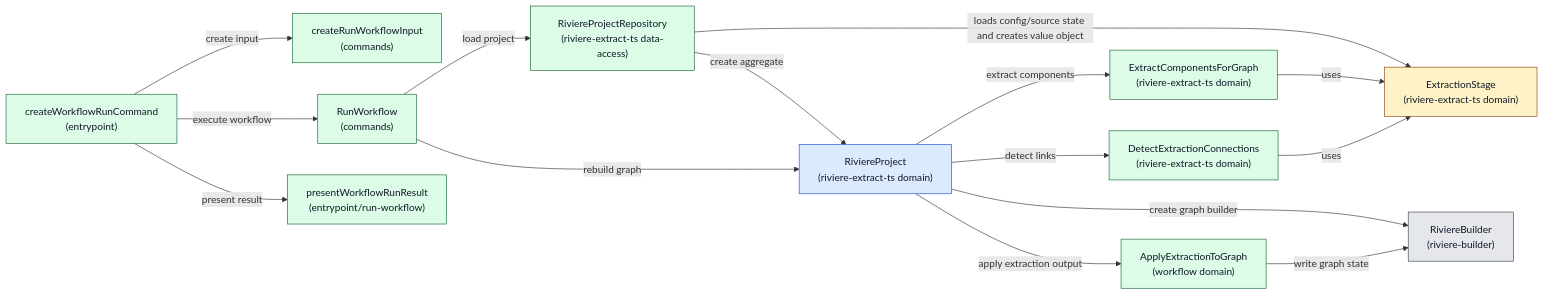
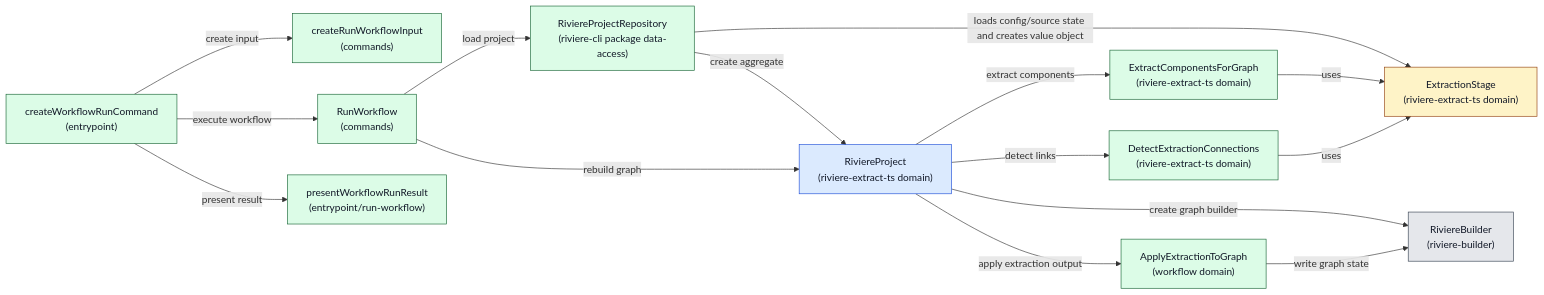
One commit to NTCoding/living-architecture changed the second of 5 diagrams in docs/project/PRD/riviere-extraction-workflows-v1/ARCH.md. Above: the diagram before and after it, drawn with Mermaid. The commit also changed other lines of this file and 708 other files, not shown here.

Commit message:
refactor(architecture): enforce explicit location boundaries

````diff
--- a/docs/project/PRD/riviere-extraction-workflows-v1/ARCH.md
+++ b/docs/project/PRD/riviere-extraction-workflows-v1/ARCH.md
@@ -206,46 +206,46 @@
 ```mermaid
 flowchart LR
   entrypoint["createWorkflowRunCommand<br/>(entrypoint)"]
   inputFactory["createRunWorkflowInput<br/>(commands)"]
   useCase["RunWorkflow<br/>(commands)"]
-  repository["RiviereProjectRepository<br/>(riviere-extract-ts data-access)"]
+  repository["RiviereProjectRepository<br/>(riviere-cli package data-access)"]
   extractionStage["ExtractionStage<br/>(riviere-extract-ts domain)"]
   extractComponents["ExtractComponentsForGraph<br/>(riviere-extract-ts domain)"]
   detectConnections["DetectExtractionConnections<br/>(riviere-extract-ts domain)"]
   project["RiviereProject<br/>(riviere-extract-ts domain)"]
   builder["RiviereBuilder<br/>(riviere-builder)"]
   applyExtractionToGraph["ApplyExtractionToGraph<br/>(workflow domain)"]
   formatter["presentWorkflowRunResult<br/>(entrypoint/run-workflow)"]
 
   entrypoint -->|create input| inputFactory
   entrypoint -->|execute workflow| useCase
   useCase -->|load project| repository
   repository -->|loads config/source state and creates value object| extractionStage
   repository -->|create aggregate| project
   useCase -->|rebuild graph| project
   project -->|create graph builder| builder
   project -->|extract components| extractComponents
   project -->|detect links| detectConnections
   extractComponents -->|uses| extractionStage
   detectConnections -->|uses| extractionStage
   project -->|apply extraction output| applyExtractionToGraph
   applyExtractionToGraph -->|write graph state| builder
   entrypoint -->|present result| formatter
 
   classDef statusExisting fill:#e5e7eb,stroke:#374151,color:#111827
   classDef statusChanged fill:#fef3c7,stroke:#92400e,color:#111827
   classDef statusNew fill:#dcfce7,stroke:#166534,color:#111827
   classDef statusRequiresRoleChange fill:#dbeafe,stroke:#1d4ed8,color:#111827
   class entrypoint statusNew
   class inputFactory statusNew
   class useCase statusNew
   class repository statusNew
   class extractionStageMaterializer statusRequiresRoleChange
   class extractionStage statusChanged
   class extractComponents statusNew
   class detectConnections statusNew
   class project statusRequiresRoleChange
   class builder statusExisting
   class applyExtractionToGraph statusNew
   class formatter statusNew
 ```
````
